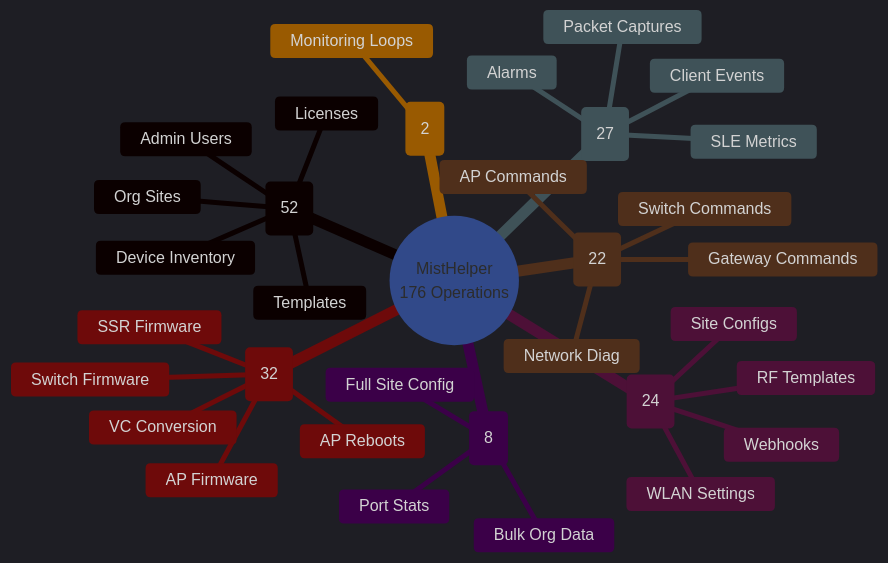
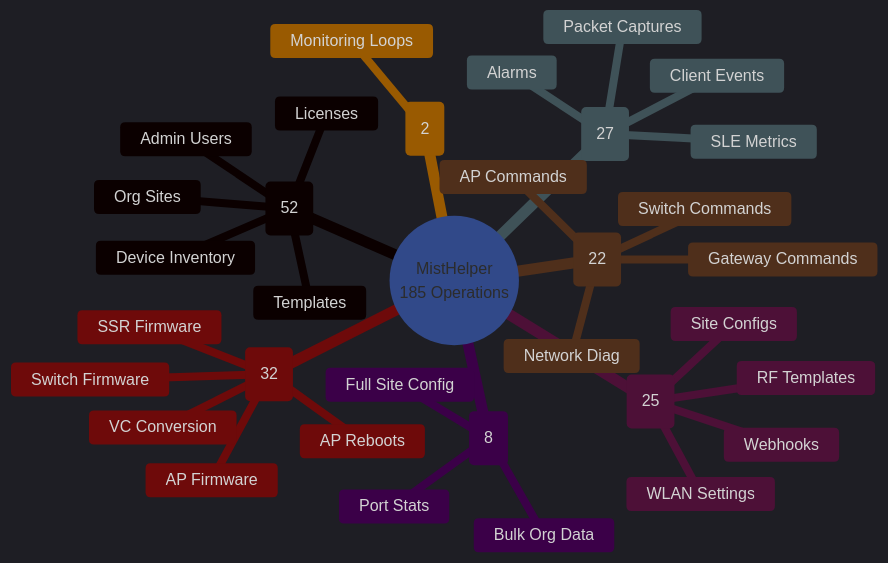
One commit to jmorrison-juniper/MistHelper changed the second of 2 diagrams in README.md. Above: the diagram before and after it, drawn with Mermaid. The commit also changed other lines of this file and 3 other files, not shown here.

````diff
--- a/README.md
+++ b/README.md
@@ -96,47 +96,47 @@
 ```mermaid
 %%{init: {'theme': 'dark', 'themeVariables': {
   'primaryColor': '#E20074',
   'primaryTextColor': '#E0E0E0',
   'primaryBorderColor': '#99004D',
   'lineColor': '#FF4DA6',
   'secondaryColor': '#16213E',
   'tertiaryColor': '#1A1A2E',
   'fontFamily': 'ui-monospace, monospace'
 }}}%%
 mindmap
-  root((MistHelper<br/>176 Operations))
+   root((MistHelper<br/>185 Operations))
     Safe (52)
       Org Sites
       Device Inventory
       Licenses
       Templates
       Admin Users
-    Interactive Safe (24)
+    Interactive Safe (25)
       Site Configs
       WLAN Settings
       RF Templates
       Webhooks
     Interactive (27)
       Packet Captures
       SLE Metrics
       Client Events
       Alarms
     WebSocket (22)
       AP Commands
       Switch Commands
       Gateway Commands
       Network Diag
     Destructive (32)
       ::icon(fa fa-warning)
       AP Firmware
       Switch Firmware
       SSR Firmware
       AP Reboots
       VC Conversion
     Resource Intensive (8)
       Port Stats
       Full Site Config
       Bulk Org Data
     Continuous (2)
       Monitoring Loops
 ```
````
